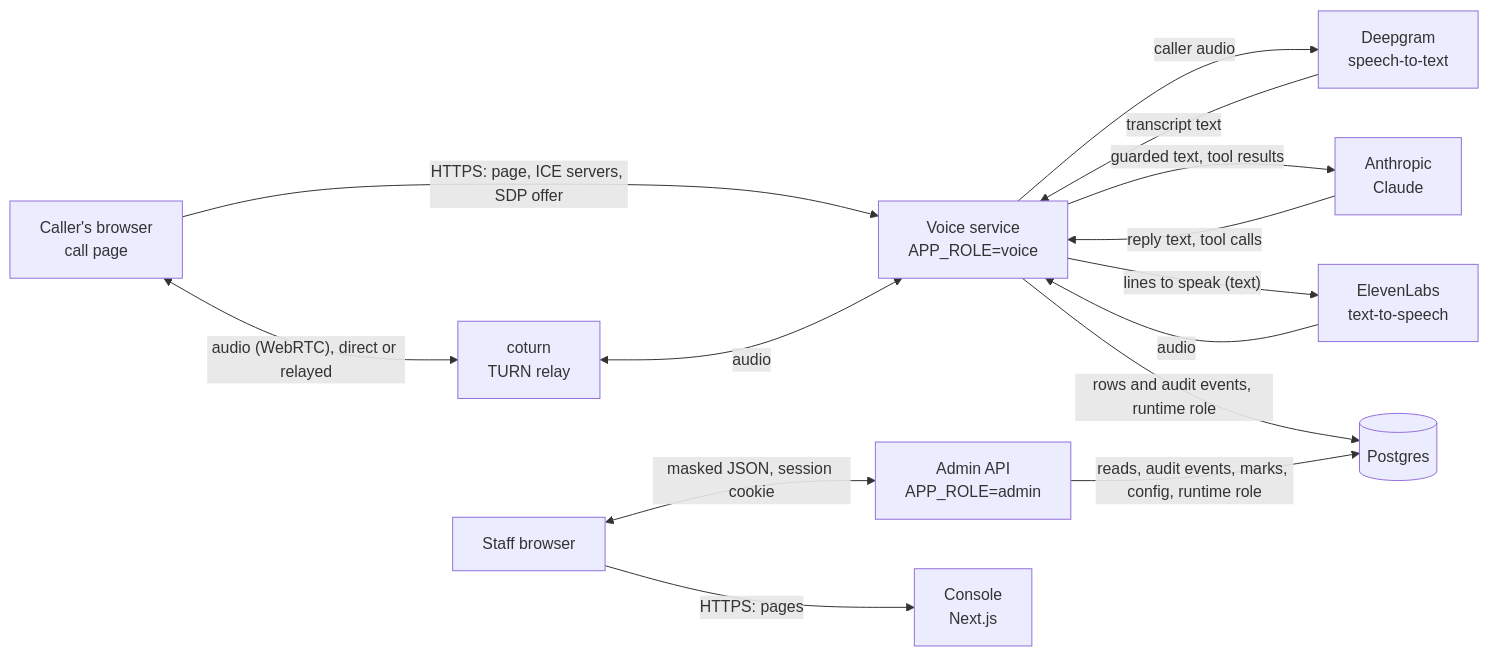
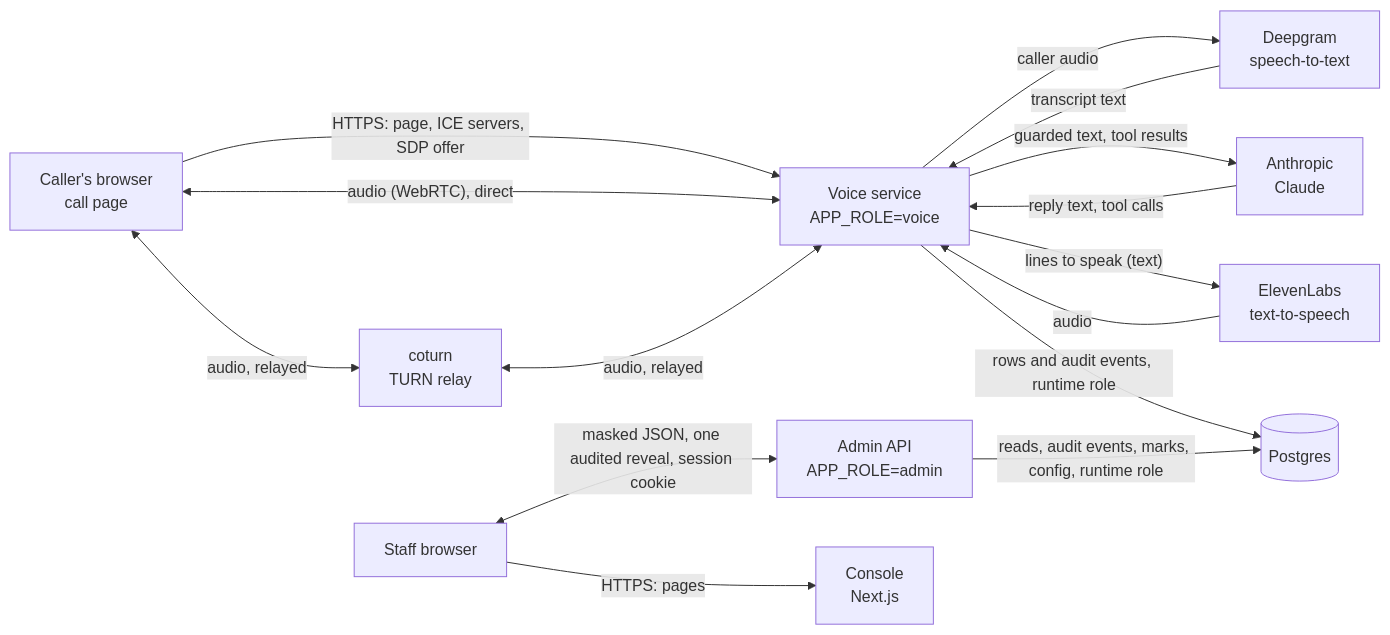
One commit to malakazlan/sunrise-voice-agent changed the diagram in README.md. Above: the diagram before and after it, drawn with Mermaid. The commit also changed other lines of this file and 3 other files, not shown here.

````diff
--- a/README.md
+++ b/README.md
@@ -85,27 +123,28 @@
 ```mermaid
 flowchart LR
   caller["Caller's browser<br/>call page"]
   staff["Staff browser"]
   voice["Voice service<br/>APP_ROLE=voice"]
   admin["Admin API<br/>APP_ROLE=admin"]
   console["Console<br/>Next.js"]
   coturn["coturn<br/>TURN relay"]
   db[("Postgres")]
   stt["Deepgram<br/>speech-to-text"]
   llm["Anthropic<br/>Claude"]
   tts["ElevenLabs<br/>text-to-speech"]
 
   caller -->|"HTTPS: page, ICE servers, SDP offer"| voice
-  caller <-->|"audio (WebRTC), direct or relayed"| coturn
-  coturn <-->|"audio"| voice
+  caller <-->|"audio (WebRTC), direct"| voice
+  caller <-->|"audio, relayed"| coturn
+  coturn <-->|"audio, relayed"| voice
   voice -->|"caller audio"| stt
   stt -->|"transcript text"| voice
   voice -->|"guarded text, tool results"| llm
   llm -->|"reply text, tool calls"| voice
   voice -->|"lines to speak (text)"| tts
   tts -->|"audio"| voice
   voice -->|"rows and audit events, runtime role"| db
   admin -->|"reads, audit events, marks, config, runtime role"| db
   staff -->|"HTTPS: pages"| console
-  staff <-->|"masked JSON, session cookie"| admin
+  staff <-->|"masked JSON, one audited reveal, session cookie"| admin
 ```
````
